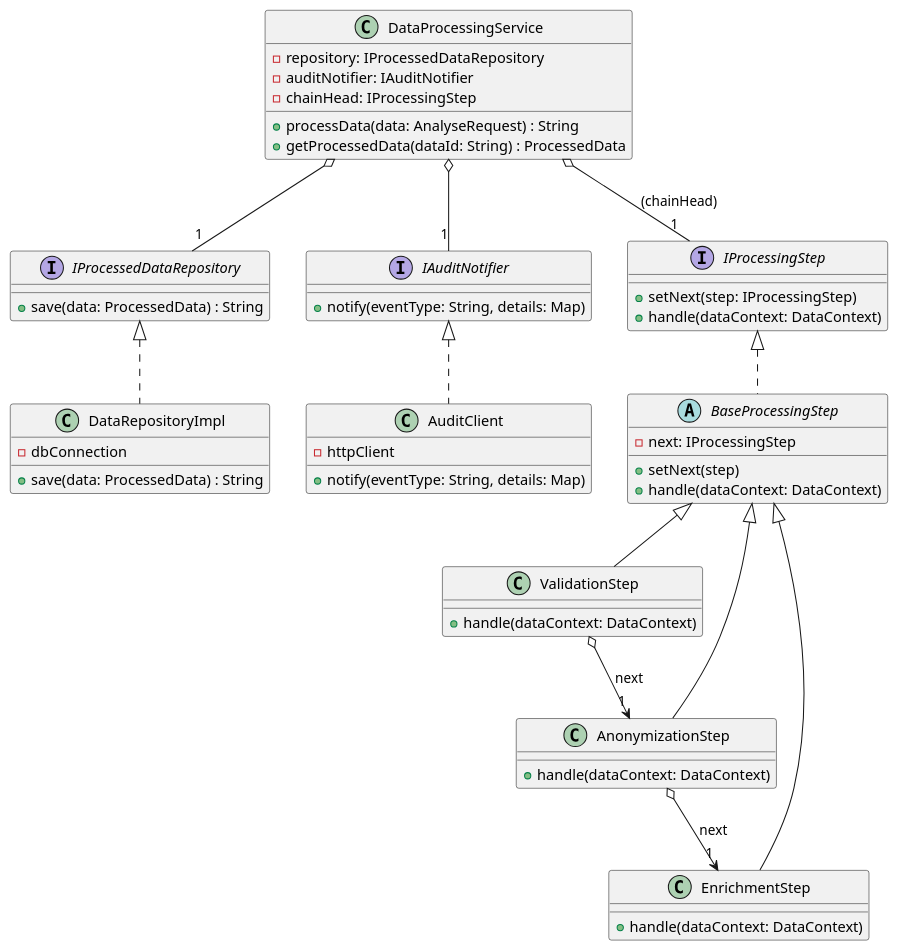
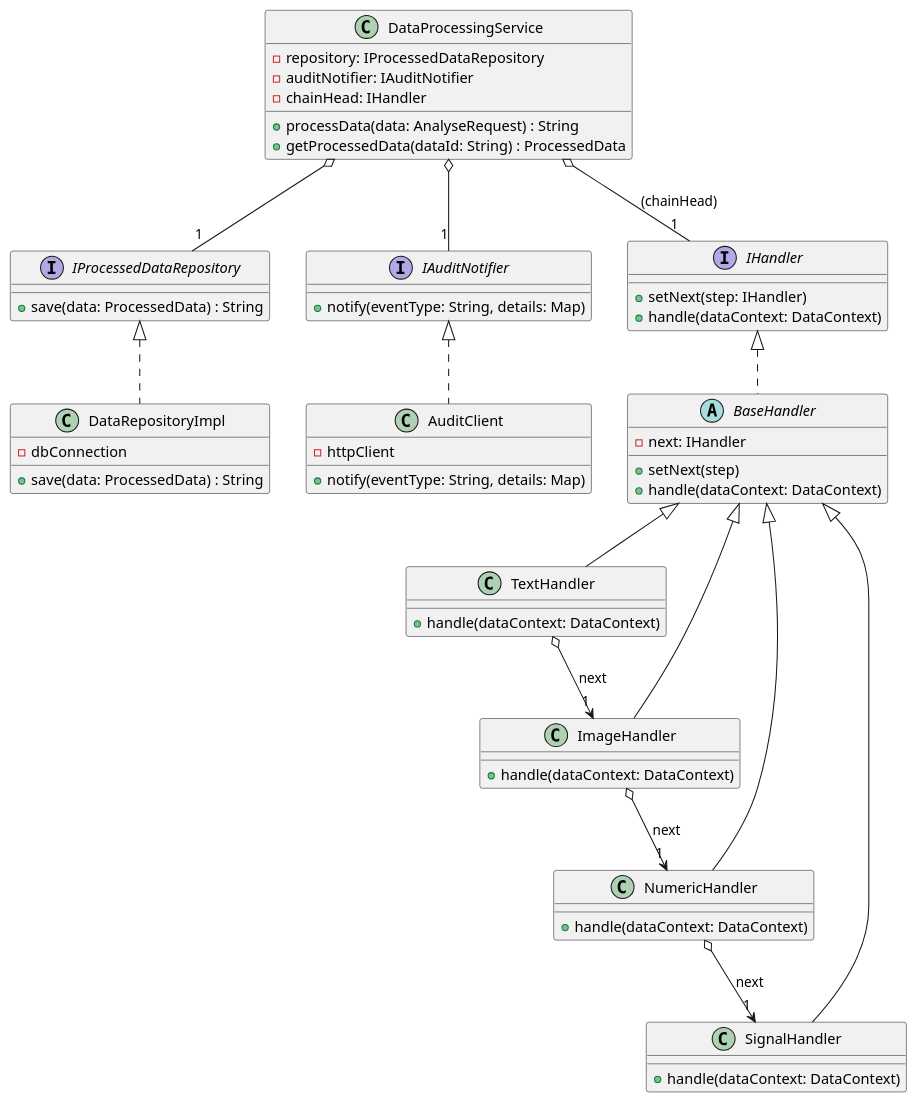
Before and after one commit to carrieroroberto/early_care_gateway: the diagram in deliverables/uml_diagrams/classes/data_processing.puml, drawn with PlantUML. The commit also changed 46 other files, not shown here.

```diff
--- a/deliverables/uml_diagrams/classes/data_processing.puml
+++ b/deliverables/uml_diagrams/classes/data_processing.puml
@@ -1,54 +1,58 @@
 @startuml
 
 interface IProcessedDataRepository {
   + save(data: ProcessedData) : String
 }
 class DataRepositoryImpl implements IProcessedDataRepository {
   - dbConnection
   + save(data: ProcessedData) : String
 }
 
 interface IAuditNotifier {
   + notify(eventType: String, details: Map)
 }
 class AuditClient implements IAuditNotifier {
   - httpClient
   + notify(eventType: String, details: Map)
 }
 
-interface IProcessingStep {
-  + setNext(step: IProcessingStep)
+interface IHandler {
+  + setNext(step: IHandler)
   + handle(dataContext: DataContext)
 }
-abstract class BaseProcessingStep implements IProcessingStep {
-  - next: IProcessingStep
+abstract class BaseHandler implements IHandler {
+  - next: IHandler
   + setNext(step)
   + handle(dataContext: DataContext)
 }
-class ValidationStep extends BaseProcessingStep {
+class TextHandler extends BaseHandler {
   + handle(dataContext: DataContext)
 }
-class AnonymizationStep extends BaseProcessingStep {
+class ImageHandler extends BaseHandler {
   + handle(dataContext: DataContext)
 }
-class EnrichmentStep extends BaseProcessingStep {
+class NumericHandler extends BaseHandler {
+  + handle(dataContext: DataContext)
+}
+class SignalHandler extends BaseHandler {
   + handle(dataContext: DataContext)
 }
 
 class DataProcessingService {
   - repository: IProcessedDataRepository
   - auditNotifier: IAuditNotifier
-  - chainHead: IProcessingStep
+  - chainHead: IHandler
  
   + processData(data: AnalyseRequest) : String
   + getProcessedData(dataId: String) : ProcessedData
 }
 
 DataProcessingService o-- "1" IProcessedDataRepository
 DataProcessingService o-- "1" IAuditNotifier
-DataProcessingService o-- "1" IProcessingStep : (chainHead)
+DataProcessingService o-- "1" IHandler : (chainHead)
 
-ValidationStep o--> "1" AnonymizationStep : next
-AnonymizationStep o--> "1" EnrichmentStep : next
+TextHandler o--> "1" ImageHandler : next
+ImageHandler o--> "1" NumericHandler : next
+NumericHandler o--> "1" SignalHandler : next
 
 @enduml
```
